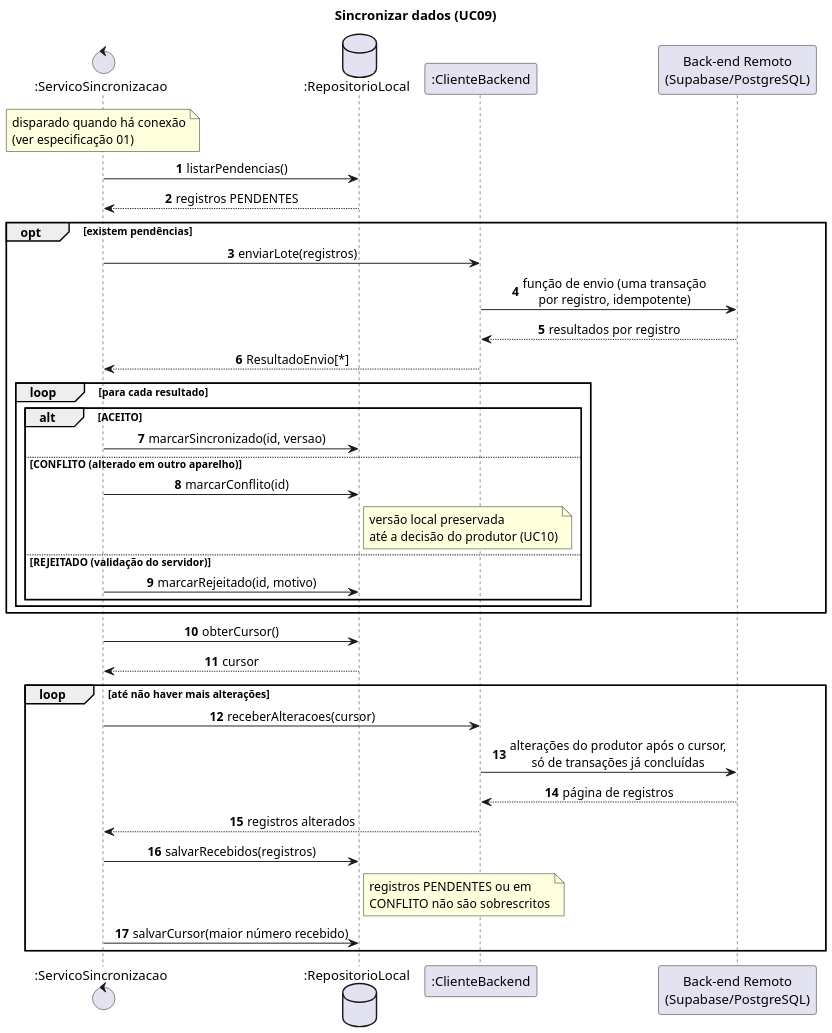
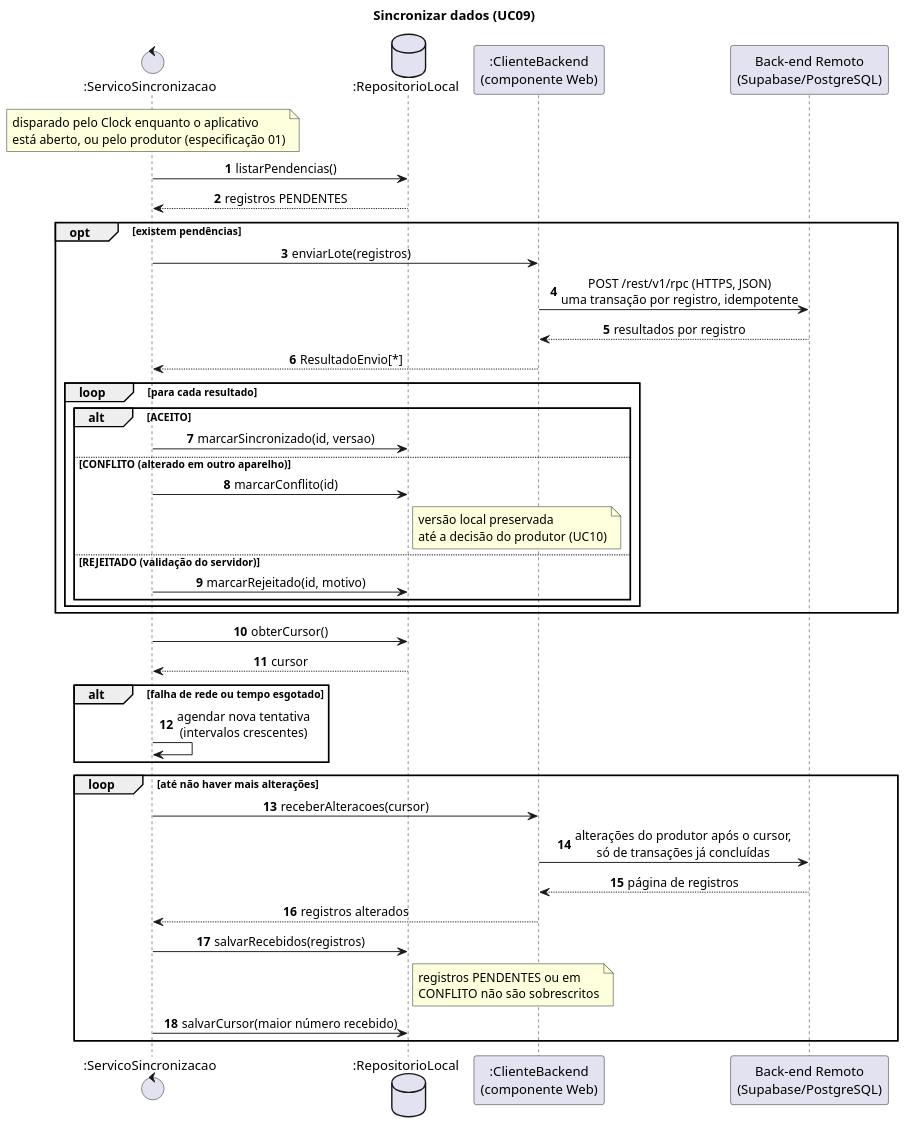
Before and after one commit to rpomar/AgroManejo: the diagram in entrega-basica/diagramas/seq-sincronizar.puml, drawn with PlantUML. The commit also changed 26 other files, not shown here.

```diff
--- a/entrega-basica/diagramas/seq-sincronizar.puml
+++ b/entrega-basica/diagramas/seq-sincronizar.puml
@@ -1,44 +1,47 @@
 @startuml seq-sincronizar
 skinparam dpi 150
 skinparam defaultFontName Arial
 skinparam shadowing false
 skinparam sequenceMessageAlign center
 autonumber
 title Sincronizar dados (UC09)
 
 control ":ServicoSincronizacao" as S
 database ":RepositorioLocal" as R
-participant ":ClienteBackend" as C
+participant ":ClienteBackend\n(componente Web)" as C
 participant "Back-end Remoto\n(Supabase/PostgreSQL)" as BE
 
-note over S : disparado quando há conexão\n(ver especificação 01)
+note over S : disparado pelo Clock enquanto o aplicativo\nestá aberto, ou pelo produtor (especificação 01)
 S -> R : listarPendencias()
 R --> S : registros PENDENTES
 opt existem pendências
   S -> C : enviarLote(registros)
-  C -> BE : função de envio (uma transação\npor registro, idempotente)
+  C -> BE : POST /rest/v1/rpc (HTTPS, JSON)\numa transação por registro, idempotente
   BE --> C : resultados por registro
   C --> S : ResultadoEnvio[*]
   loop para cada resultado
     alt ACEITO
       S -> R : marcarSincronizado(id, versao)
     else CONFLITO (alterado em outro aparelho)
       S -> R : marcarConflito(id)
       note right of R : versão local preservada\naté a decisão do produtor (UC10)
     else REJEITADO (validação do servidor)
       S -> R : marcarRejeitado(id, motivo)
     end
   end
 end
 S -> R : obterCursor()
 R --> S : cursor
+alt falha de rede ou tempo esgotado
+  S -> S : agendar nova tentativa\n(intervalos crescentes)
+end
 loop até não haver mais alterações
   S -> C : receberAlteracoes(cursor)
   C -> BE : alterações do produtor após o cursor,\nsó de transações já concluídas
   BE --> C : página de registros
   C --> S : registros alterados
   S -> R : salvarRecebidos(registros)
   note right of R : registros PENDENTES ou em\nCONFLITO não são sobrescritos
   S -> R : salvarCursor(maior número recebido)
 end
 @enduml
```
